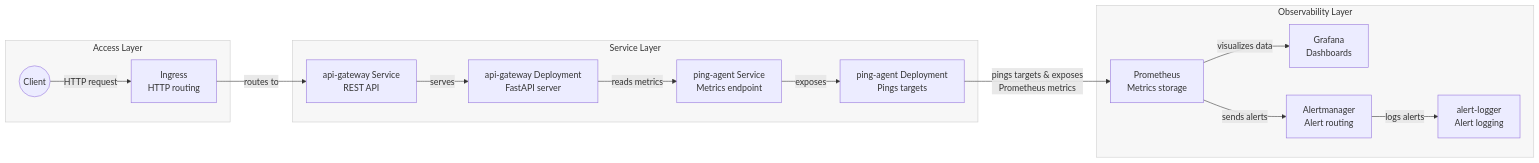
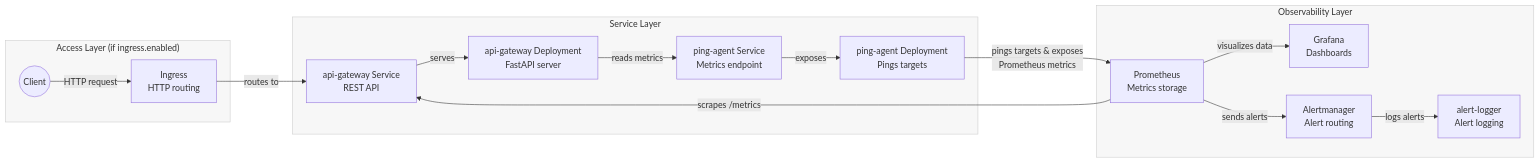
The first of 2 diagrams in ARCHITECTURE.md (fattah247/UpTimePulse), drawn with Mermaid before and after one commit. The commit also changed other lines of this file, not shown here.

Commit message:
docs: clarify ingress and hpa gating

````diff
--- a/ARCHITECTURE.md
+++ b/ARCHITECTURE.md
@@ -7,40 +7,41 @@
 ```mermaid
 flowchart LR
   linkStyle default stroke-width:1px
   classDef group fill:#f7f7f7,stroke:#cccccc,stroke-width:1px
   classDef apiFlow stroke:#2563eb,stroke-width:2px
   classDef monitoringFlow stroke:#dc2626,stroke-width:2px
   classDef alertFlow stroke:#ea580c,stroke-width:2px
   classDef vizFlow stroke:#7c3aed,stroke-width:2px
 
-  subgraph Access["Access Layer"]
+  subgraph Access["Access Layer (if ingress.enabled)"]
     client((Client))
     ingress[Ingress<br/>HTTP routing]
   end
 
   subgraph Services["Service Layer"]
     apiSvc[api-gateway Service<br/>REST API]
     apiDep[api-gateway Deployment<br/>FastAPI server]
     pingSvc[ping-agent Service<br/>Metrics endpoint]
     pingDep[ping-agent Deployment<br/>Pings targets]
   end
 
   subgraph Observability["Observability Layer"]
     prom[Prometheus<br/>Metrics storage]
     grafana[Grafana<br/>Dashboards]
     am[Alertmanager<br/>Alert routing]
     logger[alert-logger<br/>Alert logging]
   end
 
   client -->|"HTTP request"| ingress -->|"routes to"| apiSvc -->|"serves"| apiDep
   apiDep -->|"reads metrics"| pingSvc -->|"exposes"| pingDep
   pingDep -->|"pings targets & exposes<br/>Prometheus metrics"| prom
+  prom -->|"scrapes /metrics"| apiSvc
   prom -->|"visualizes data"| grafana
   prom -->|"sends alerts"| am -->|"logs alerts"| logger
 
   class Access,Services,Observability group
   linkStyle 0,1,2,3 apiFlow
   linkStyle 4,5 monitoringFlow
   linkStyle 6 vizFlow
   linkStyle 7,8 alertFlow
 ```
````
